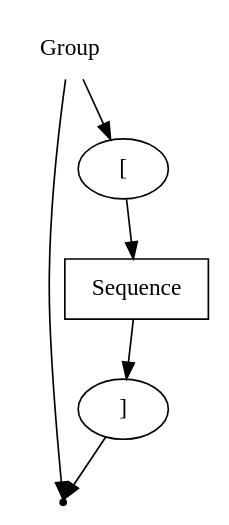
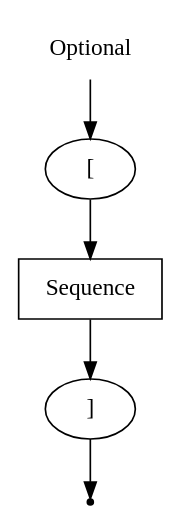
Before and after one commit to EgorGoluzin/DSL: the diagram in DSLTools/examples/rbnf/wirth/Optional.gv, drawn with Graphviz. The commit also changed 5 other files, not shown here.

```diff
--- a/DSLTools/examples/rbnf/wirth/Optional.gv
+++ b/DSLTools/examples/rbnf/wirth/Optional.gv
@@ -1,12 +1,11 @@
 digraph Optional {
-    start [label = "Group" shape = plaintext];
+    start [label = "Optional" shape = plaintext];
     end [label = "" shape = point];
     A [label = "Sequence" shape = box];
     B [label = "[" shape = oval];
     C [label = "]" shape = oval];
     start -> B;
-    start -> end;
     B -> A;
     A -> C
     C -> end;
 }
```
